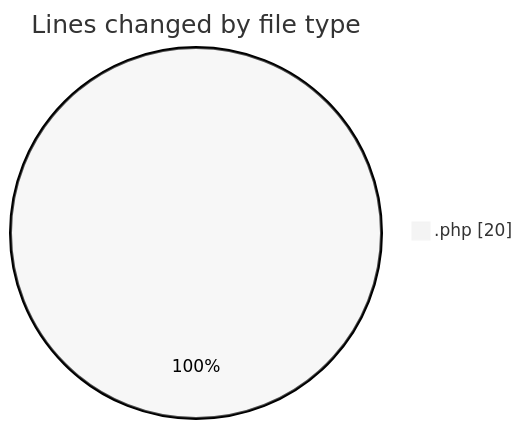
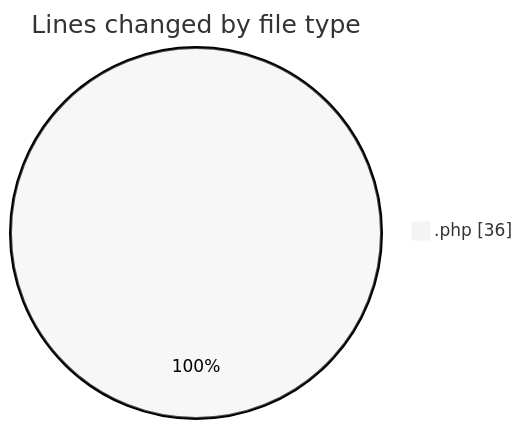
The first of 2 diagrams in 2026-08-28/oficina/README.md (LanceThiago/code-tracking), drawn with Mermaid (neutral theme) before and after one commit. The commit also changed other lines of this file and 1 other file, not shown here.

````diff
--- a/2026-08-28/oficina/README.md
+++ b/2026-08-28/oficina/README.md
@@ -20,5 +20,5 @@
 ```mermaid
 pie showData
 title Lines changed by file type
-".php" : 20
+".php" : 36
 ```
````
